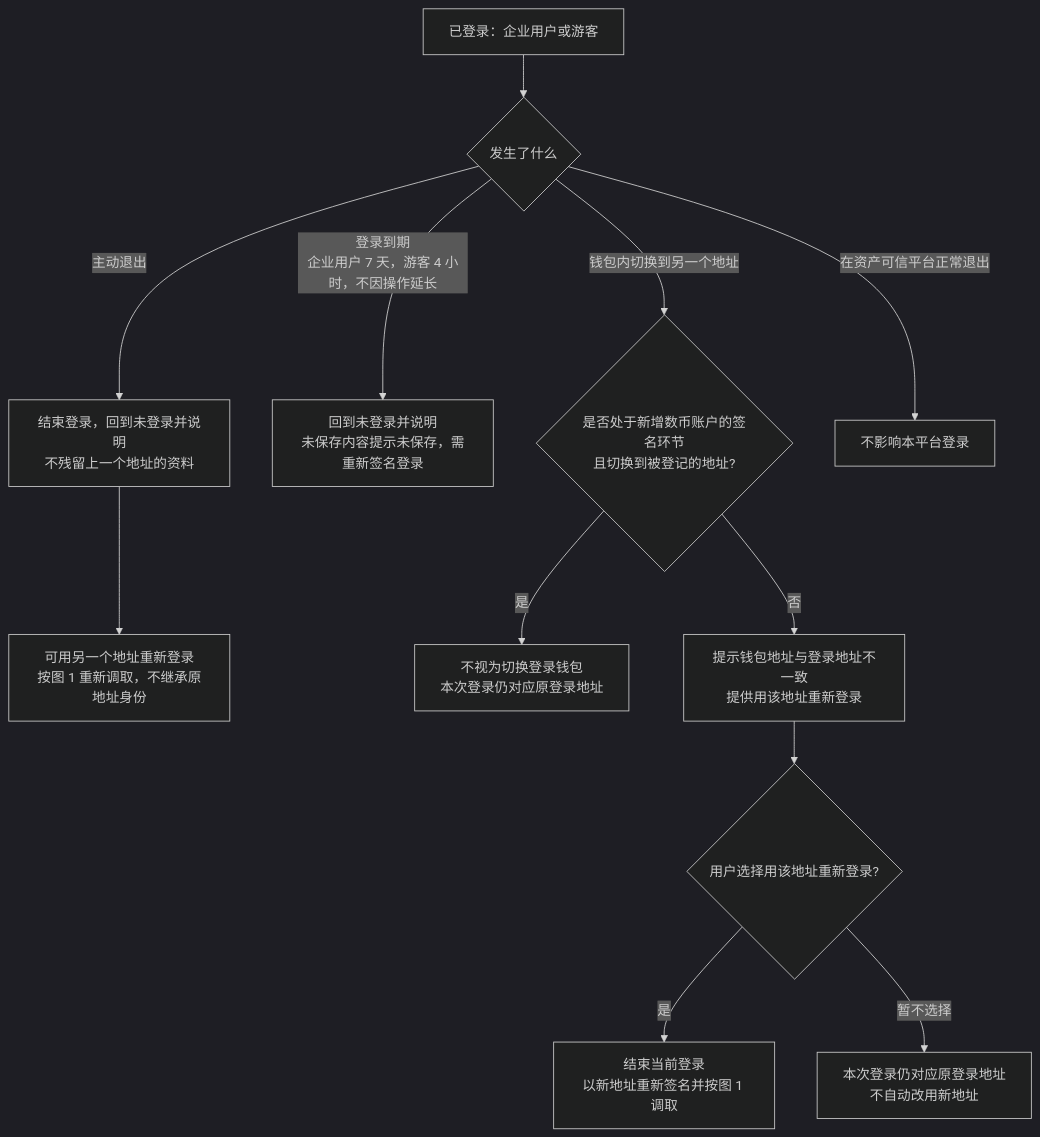
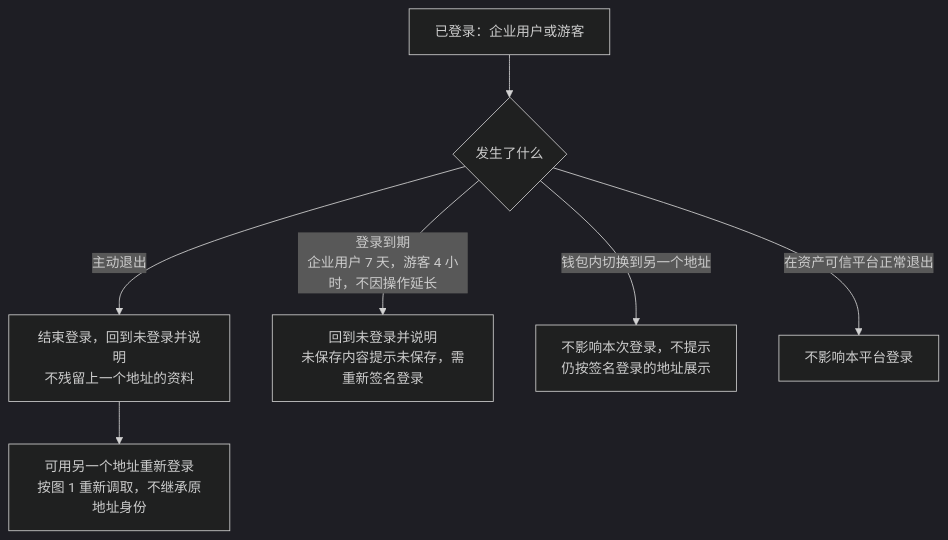
Before and after one commit to wxblockchain/Chain-Financing: the second of 8 diagrams in token-issuance-platform/PRD/面客端/M1-企业登录与企业账户/02-企业登录与企业账户-流程图与状态机.md, drawn with Mermaid (dark theme). The commit also changed other lines of this file and 2 other files, not shown here.

Commit message:
prd(WS-507): wallet address switch after login no longer affects the session

````diff
--- a/token-issuance-platform/PRD/面客端/M1-企业登录与企业账户/02-企业登录与企业账户-流程图与状态机.md
+++ b/token-issuance-platform/PRD/面客端/M1-企业登录与企业账户/02-企业登录与企业账户-流程图与状态机.md
@@ -53,14 +53,9 @@
 ```mermaid
 flowchart TD
     A[已登录：企业用户或游客] --> B{发生了什么}
     B -->|主动退出| C[结束登录，回到未登录并说明<br/>不残留上一个地址的资料]
     C --> C1[可用另一个地址重新登录<br/>按图 1 重新调取，不继承原地址身份]
     B -->|登录到期<br/>企业用户 7 天，游客 4 小时，不因操作延长| D[回到未登录并说明<br/>未保存内容提示未保存，需重新签名登录]
-    B -->|钱包内切换到另一个地址| E{是否处于新增数币账户的签名环节<br/>且切换到被登记的地址?}
-    E -->|是| E1[不视为切换登录钱包<br/>本次登录仍对应原登录地址]
-    E -->|否| F[提示钱包地址与登录地址不一致<br/>提供用该地址重新登录]
-    F --> G{用户选择用该地址重新登录?}
-    G -->|是| H[结束当前登录<br/>以新地址重新签名并按图 1 调取]
-    G -->|暂不选择| I[本次登录仍对应原登录地址<br/>不自动改用新地址]
+    B -->|钱包内切换到另一个地址| E[不影响本次登录，不提示<br/>仍按签名登录的地址展示]
     B -->|在资产可信平台正常退出| J[不影响本平台登录]
 ```
````
